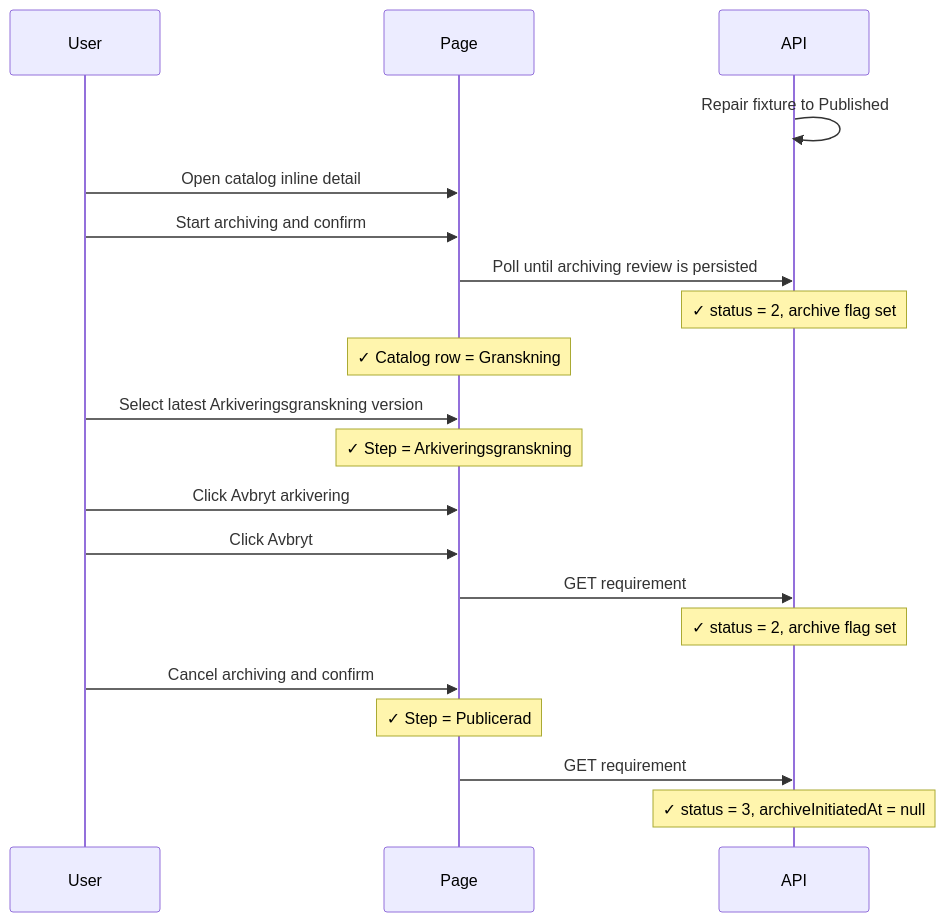
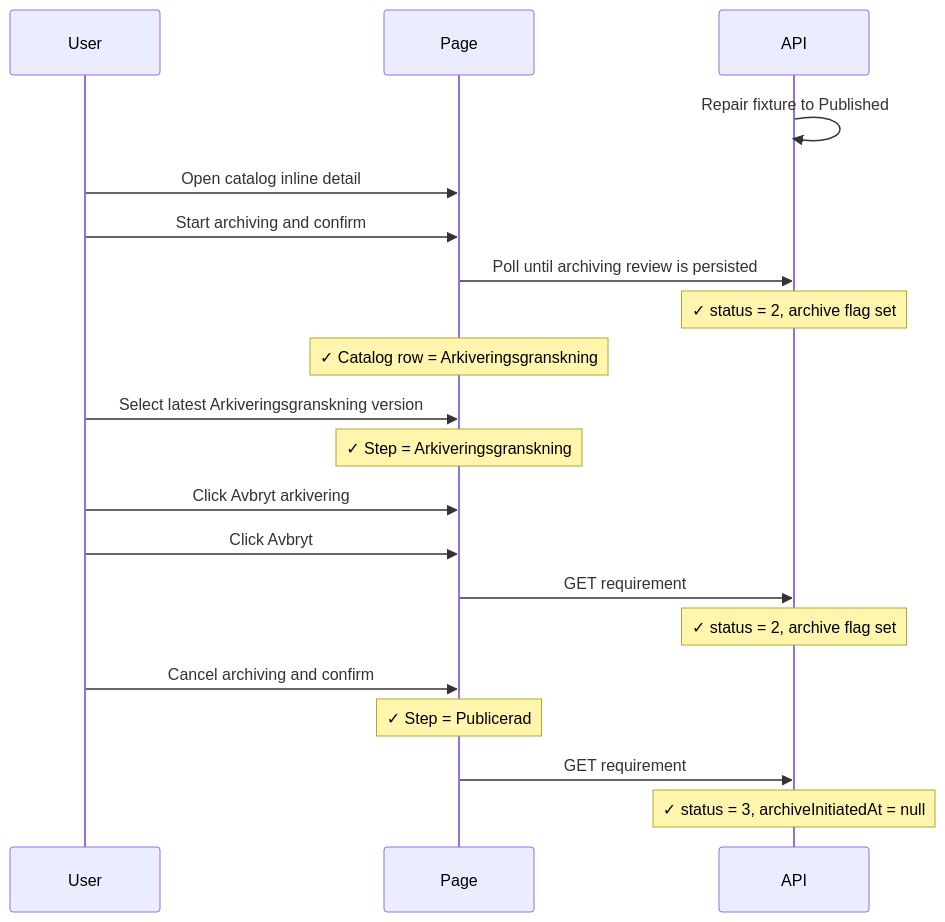
Before and after one commit to viscalyx/Kravhantering: the fourth of 4 diagrams in tests/integration/archive-lifecycle.md, drawn with Mermaid. The commit also changed other lines of this file and 88 other files, not shown here.

````diff
--- a/tests/integration/archive-lifecycle.md
+++ b/tests/integration/archive-lifecycle.md
@@ -190,23 +190,23 @@
 ```mermaid
 sequenceDiagram
     participant U as User
     participant P as Page
     participant API as API
 
     API->>API: Repair fixture to Published
     U->>P: Open catalog inline detail
     U->>P: Start archiving and confirm
     P->>API: Poll until archiving review is persisted
     Note over API: ✓ status = 2, archive flag set
-    Note over P: ✓ Catalog row = Granskning
+    Note over P: ✓ Catalog row = Arkiveringsgranskning
     U->>P: Select latest Arkiveringsgranskning version
     Note over P: ✓ Step = Arkiveringsgranskning
     U->>P: Click Avbryt arkivering
     U->>P: Click Avbryt
     P->>API: GET requirement
     Note over API: ✓ status = 2, archive flag set
     U->>P: Cancel archiving and confirm
     Note over P: ✓ Step = Publicerad
     P->>API: GET requirement
     Note over API: ✓ status = 3, archiveInitiatedAt = null
 ```
````
